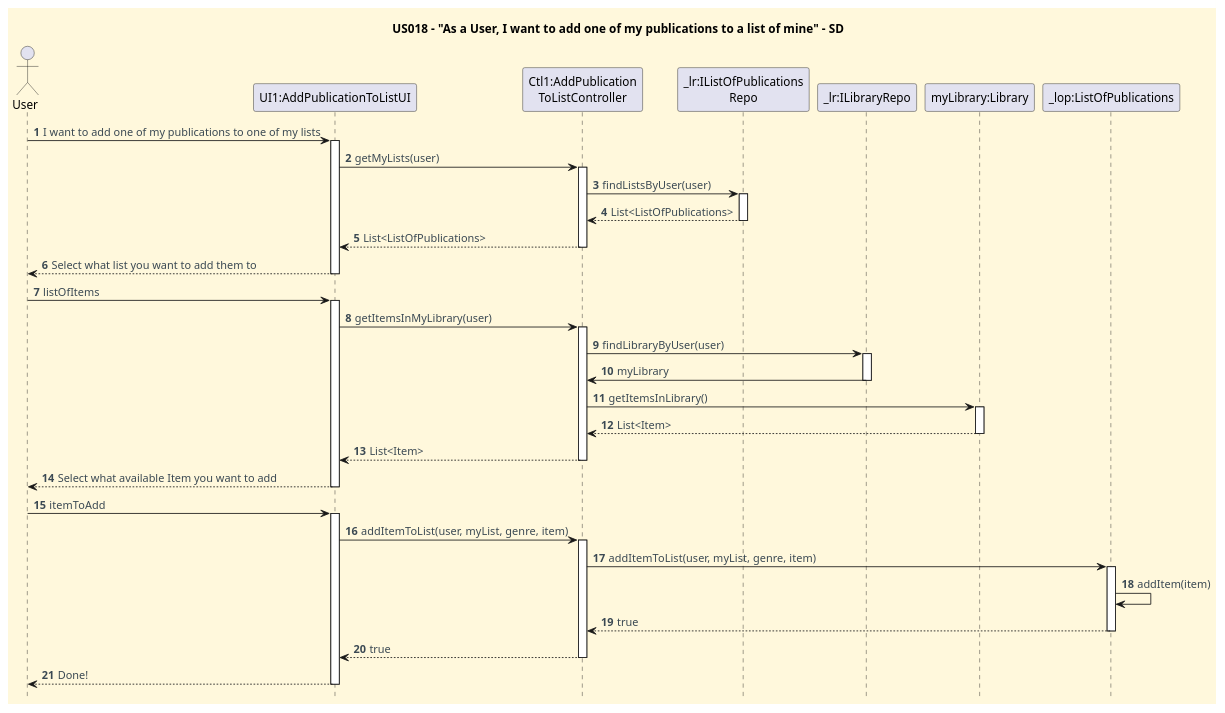
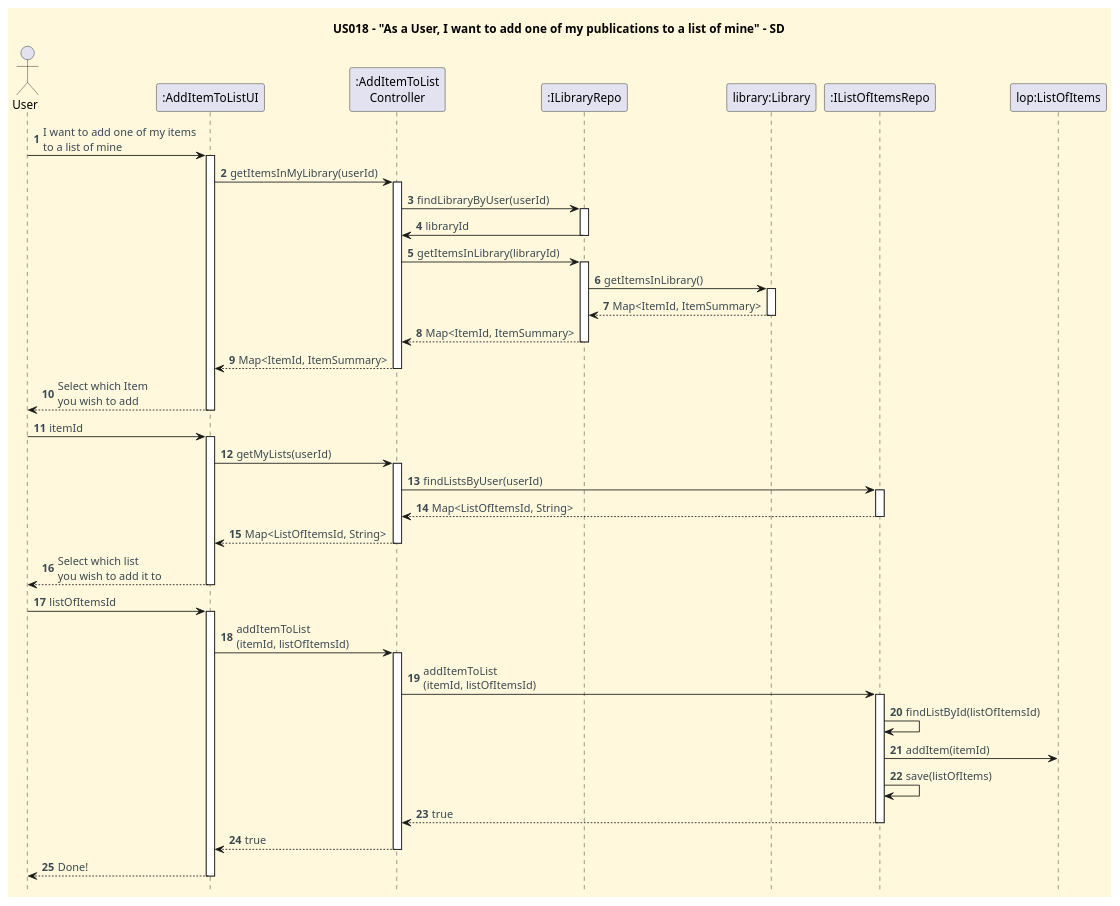
One commit to CarolinaLeite-collab/JavaMarketplacePlatform changed the diagram in docs/user-stories/US018/US018_add_mypublication_to_mylist_SD.puml. Above: the diagram before and after it, drawn with PlantUML. The commit also changed 1 other file, not shown here.

Commit message:
Revised CD and SD diagrams of US018 according to DDD patterns, #495

```diff
--- a/docs/user-stories/US018/US018_add_mypublication_to_mylist_SD.puml
+++ b/docs/user-stories/US018/US018_add_mypublication_to_mylist_SD.puml
@@ -1,76 +1,86 @@
 @startuml
 'https://plantuml.com/sequence-diagram
 hide footbox
 title US018 - "As a User, I want to add one of my publications to a list of mine" - SD
 
 '==== basic style ====
 skinparam monochrome false
 skinparam shadowing false
 skinparam defaultFontName Futura
 skinparam objectFontSize 20
 skinparam backgroundColor CornSilk
 skinparam objectBackgroundColor WhiteSmoke
 skinparam noteBackgroundColor #FFFFE0
 skinparam ArrowFontColor #3B4953
 skinparam ActivationBackgroundColor black
 
 autonumber
 autoactivate off
 
+'==== Actor and Participants ===='
 actor User
-participant "UI1:AddPublicationToListUI" as UI
-participant "Ctl1:AddPublication\nToListController" as Ctl
-participant "_lr:IListOfPublications\nRepo" as ListRepo
-participant "_lr:ILibraryRepo" as LibraryRepo
-participant "myLibrary:Library" as myLibrary
-participant "_lop:ListOfPublications" as ListOfPublications
 
+participant ":AddItemToListUI" as UI
+participant ":AddItemToList\nController" as Ctl
+participant ":ILibraryRepo" as ILibraryRepo
+participant "library:Library" as library
+participant ":IListOfItemsRepo" as IListRepo
+participant "lop:ListOfItems" as ListOfItems
 
-User -> UI : I want to add one of my publications to one of my lists
+'==== Interactions ===='
+
+'==== User selects the item ===='
+User -> UI : I want to add one of my items\nto a list of mine
 activate UI
-UI -> Ctl : getMyLists(user)
+UI -> Ctl : getItemsInMyLibrary(userId)
 activate Ctl
-Ctl -> ListRepo : findListsByUser(user)
-activate ListRepo
-ListRepo --> Ctl : List<ListOfPublications>
-deactivate ListRepo
-Ctl --> UI : List<ListOfPublications>
+Ctl -> ILibraryRepo : findLibraryByUser(userId)
+activate ILibraryRepo
+ILibraryRepo -> Ctl : libraryId
+deactivate ILibraryRepo
+Ctl -> ILibraryRepo: getItemsInLibrary(libraryId)
+activate ILibraryRepo
+ILibraryRepo -> library : getItemsInLibrary()
+activate library
+library --> ILibraryRepo : Map<ItemId, ItemSummary>
+deactivate library
+ILibraryRepo --> Ctl : Map<ItemId, ItemSummary>
+deactivate ILibraryRepo
+Ctl --> UI : Map<ItemId, ItemSummary>
 deactivate Ctl
-UI --> User : Select what list you want to add them to
+UI --> User : Select which Item\nyou wish to add
 deactivate UI
+User -> UI: itemId
+activate UI
 
-User -> UI : listOfItems
+'==== User selects the destination list ===='
+UI -> Ctl : getMyLists(userId)
+activate Ctl
+Ctl -> IListRepo : findListsByUser(userId)
+activate IListRepo
+IListRepo --> Ctl : Map<ListOfItemsId, String>
+deactivate IListRepo
+Ctl --> UI : Map<ListOfItemsId, String>
+deactivate Ctl
+UI --> User : Select which list\nyou wish to add it to
+deactivate UI
+User -> UI : listOfItemsId
 activate UI
-UI -> Ctl : getItemsInMyLibrary(user)
+
+'==== Use Case execution ===='
+UI -> Ctl : addItemToList\n(itemId, listOfItemsId)
 activate Ctl
-Ctl -> LibraryRepo : findLibraryByUser(user)
-activate LibraryRepo
-LibraryRepo -> Ctl : myLibrary
-deactivate LibraryRepo
-Ctl -> myLibrary : getItemsInLibrary()
-activate myLibrary
-myLibrary --> Ctl : List<Item>
-deactivate myLibrary
-Ctl --> UI : List<Item>
-deactivate Ctl
-UI --> User : Select what available Item you want to add
-deactivate UI
-
-User -> UI: itemToAdd
-activate UI
-UI -> Ctl : addItemToList(user, myList, genre, item)
-activate Ctl
-Ctl  -> ListOfPublications : addItemToList(user, myList, genre, item)
-activate ListOfPublications
-ListOfPublications -> ListOfPublications : addItem(item)
-ListOfPublications --> Ctl: true
-deactivate ListOfPublications
-deactivate ListRepo
+Ctl  -> IListRepo : addItemToList\n(itemId, listOfItemsId)
+activate IListRepo
+IListRepo -> IListRepo: findListById(listOfItemsId)
+IListRepo -> ListOfItems : addItem(itemId)
+IListRepo -> IListRepo: save(listOfItems)
+IListRepo --> Ctl: true
+deactivate IListRepo
 Ctl --> UI : true
 deactivate Ctl
 UI --> User : Done!
 deactivate UI
 
 
-
 @enduml
```
